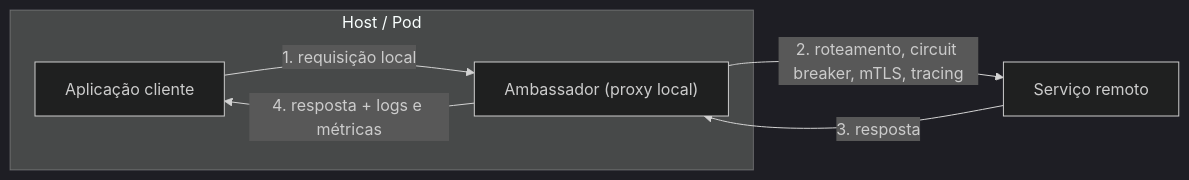
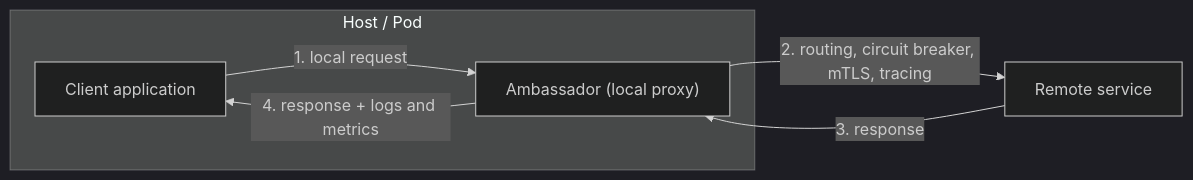
The diagram in docs/cloud/cloud-design-patterns/integration-and-modernization/ambassador.md (alancesar/design-patterns), drawn with Mermaid (dark theme) before and after one commit. The commit also changed 258 other files, not shown here.

First line of the commit message:
Translate Mermaid diagrams to English

````diff
--- a/docs/cloud/cloud-design-patterns/integration-and-modernization/ambassador.md
+++ b/docs/cloud/cloud-design-patterns/integration-and-modernization/ambassador.md
@@ -61,13 +61,13 @@
 ```mermaid
 flowchart LR
     subgraph Host["Host / Pod"]
-        App["Aplicação cliente"]
-        Amb["Ambassador (proxy local)"]
+        App["Client application"]
+        Amb["Ambassador (local proxy)"]
     end
-    Remote["Serviço remoto"]
+    Remote["Remote service"]
 
-    App -->|"1. requisição local"| Amb
-    Amb -->|"2. roteamento, circuit breaker, mTLS, tracing"| Remote
-    Remote -->|"3. resposta"| Amb
-    Amb -->|"4. resposta + logs e métricas"| App
+    App -->|"1. local request"| Amb
+    Amb -->|"2. routing, circuit breaker, mTLS, tracing"| Remote
+    Remote -->|"3. response"| Amb
+    Amb -->|"4. response + logs and metrics"| App
 ```
````
